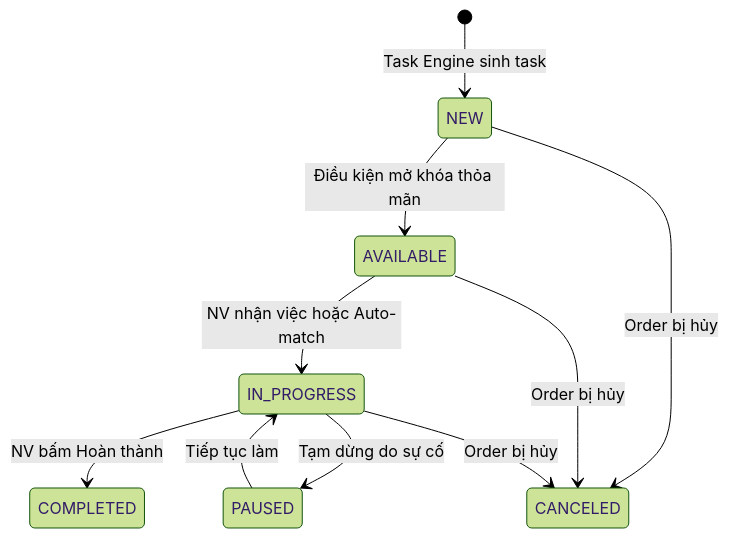
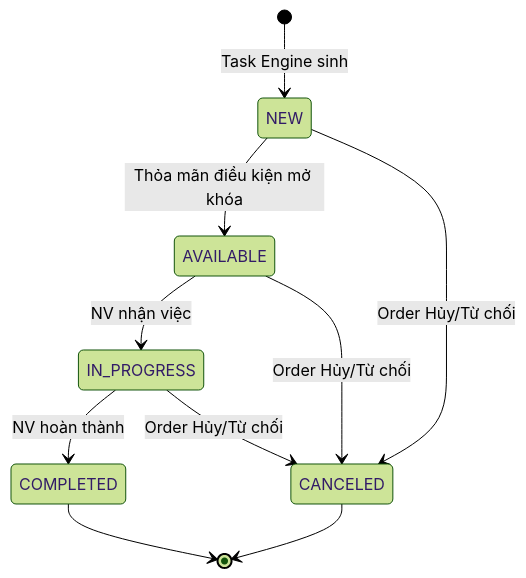
One commit to EdwardTran04/Project_Management changed the fourth of 5 diagrams in knowledge/AIWS_MM10A_Tai_Lieu_Nghiep_Vu_Nhap_Kho_Mua_Moi_NCC.md. Above: the diagram before and after it, drawn with Mermaid (forest theme). The commit also changed other lines of this file and 3 other files, not shown here.

````diff
--- a/knowledge/AIWS_MM10A_Tai_Lieu_Nghiep_Vu_Nhap_Kho_Mua_Moi_NCC.md
+++ b/knowledge/AIWS_MM10A_Tai_Lieu_Nghiep_Vu_Nhap_Kho_Mua_Moi_NCC.md
@@ -425,12 +676,12 @@
 ```mermaid
 stateDiagram-v2
-    [*] --> NEW : Task Engine sinh task
-    NEW --> AVAILABLE : Điều kiện mở khóa thỏa mãn
-    AVAILABLE --> IN_PROGRESS : NV nhận việc hoặc Auto-match
-    IN_PROGRESS --> COMPLETED : NV bấm Hoàn thành
-    IN_PROGRESS --> PAUSED : Tạm dừng do sự cố
-    PAUSED --> IN_PROGRESS : Tiếp tục làm
-    NEW --> CANCELED : Order bị hủy
-    AVAILABLE --> CANCELED : Order bị hủy
-    IN_PROGRESS --> CANCELED : Order bị hủy
+    [*] --> NEW : Task Engine sinh
+    NEW --> AVAILABLE : Thỏa mãn điều kiện mở khóa
+    AVAILABLE --> IN_PROGRESS : NV nhận việc
+    IN_PROGRESS --> COMPLETED : NV hoàn thành
+    NEW --> CANCELED : Order Hủy/Từ chối
+    AVAILABLE --> CANCELED : Order Hủy/Từ chối
+    IN_PROGRESS --> CANCELED : Order Hủy/Từ chối
+    COMPLETED --> [*]
+    CANCELED --> [*]
 ```
````
